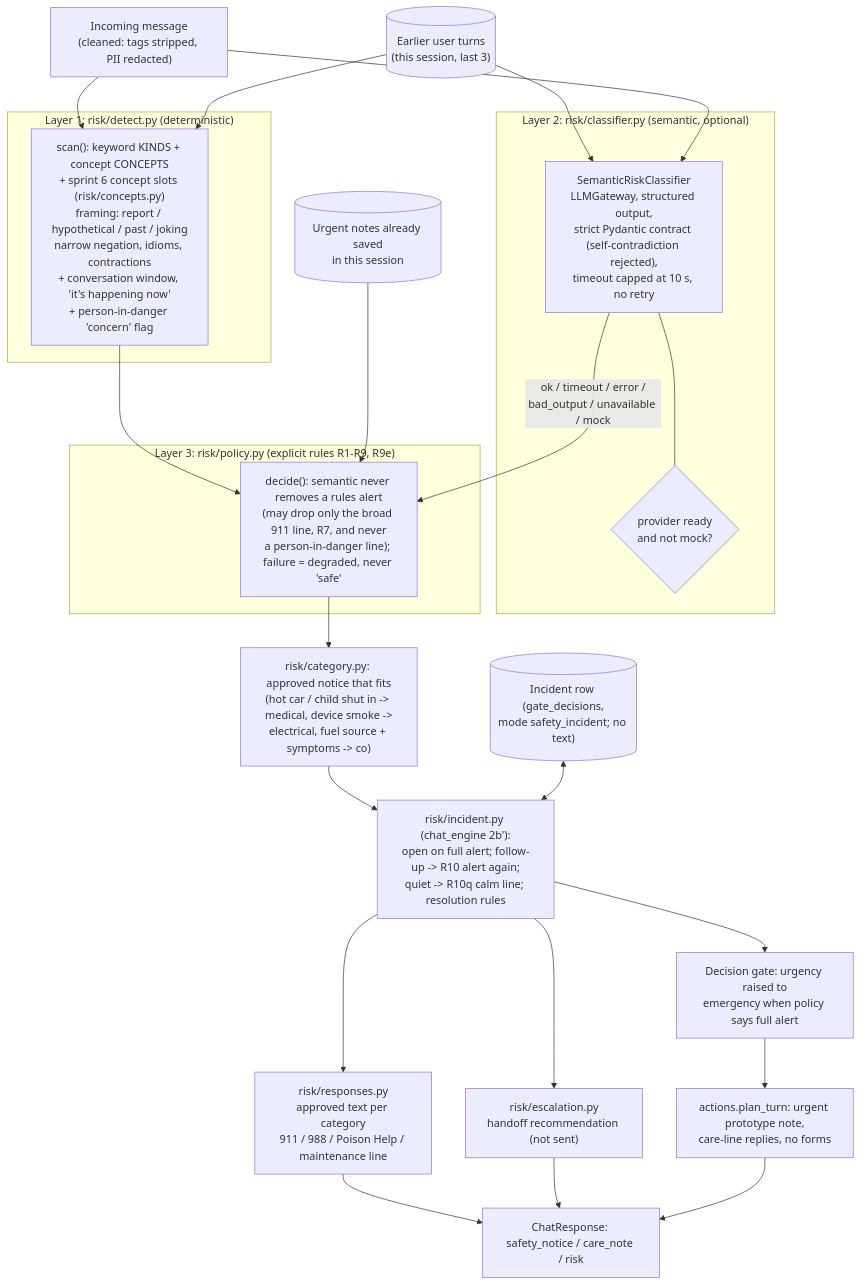
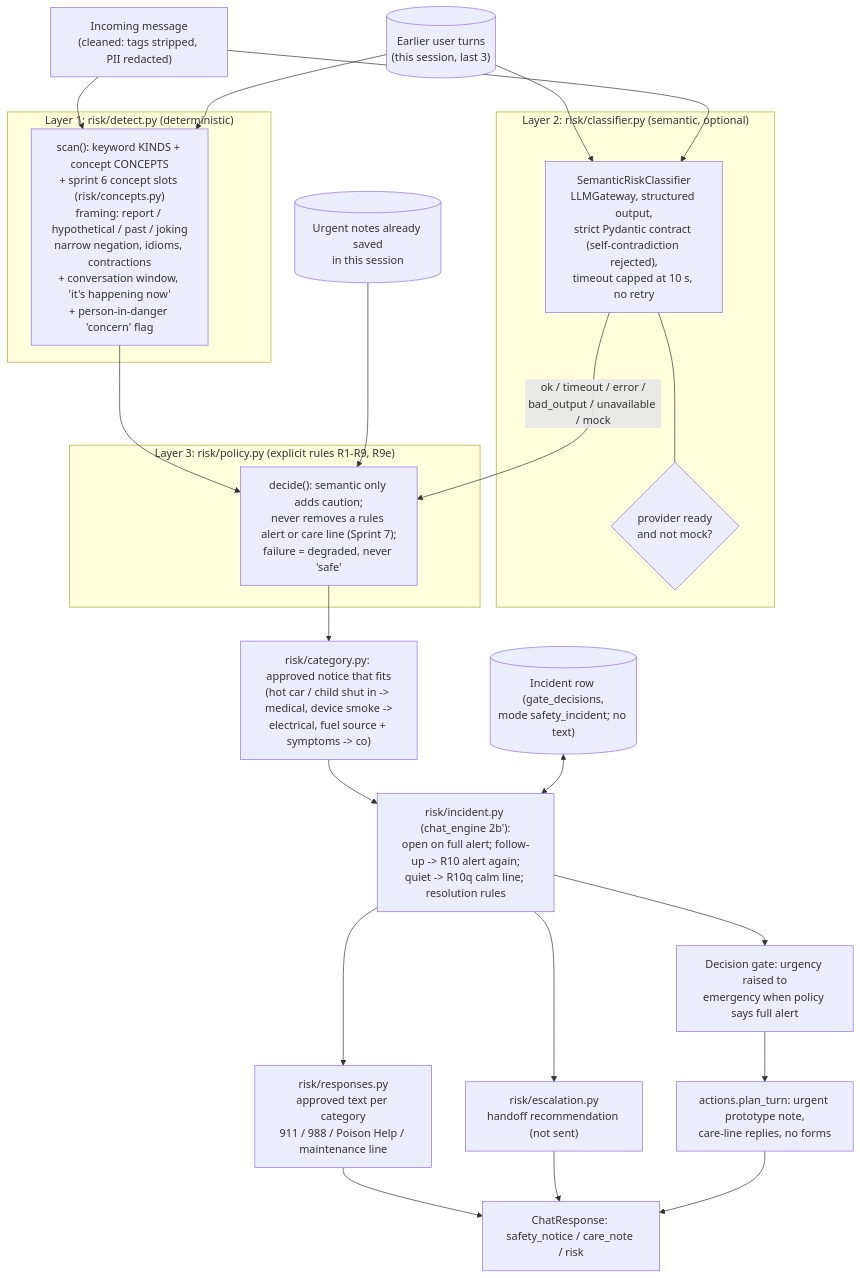
Before and after one commit to Ross-Business-Tech/McKinley-Project-1: the first of 2 diagrams in docs/diagrams/safety-architecture.md, drawn with Mermaid. The commit also changed other lines of this file and 21 other files, not shown here.

````diff
--- a/docs/diagrams/safety-architecture.md
+++ b/docs/diagrams/safety-architecture.md
@@ -10,32 +10,32 @@
 ```mermaid
 flowchart TB
   MSG["Incoming message<br/>(cleaned: tags stripped, PII redacted)"] --> DET
   HIST[("Earlier user turns<br/>(this session, last 3)")] --> DET
   HIST --> SEM
   subgraph L1["Layer 1: risk/detect.py (deterministic)"]
     DET["scan(): keyword KINDS + concept CONCEPTS<br/>+ sprint 6 concept slots (risk/concepts.py)<br/>framing: report / hypothetical / past / joking<br/>narrow negation, idioms, contractions<br/>+ conversation window, 'it's happening now'<br/>+ person-in-danger 'concern' flag"]
   end
   MSG --> SEM
   subgraph L2["Layer 2: risk/classifier.py (semantic, optional)"]
     SEM["SemanticRiskClassifier<br/>LLMGateway, structured output,<br/>strict Pydantic contract (self-contradiction rejected),<br/>timeout capped at 10 s, no retry"]
     ST{"provider ready<br/>and not mock?"}
     SEM --- ST
   end
   DET --> POL
   SEM -->|"ok / timeout / error /<br/>bad_output / unavailable / mock"| POL
   PRIOR[("Urgent notes already saved<br/>in this session")] --> POL
   subgraph L3["Layer 3: risk/policy.py (explicit rules R1-R9, R9e)"]
-    POL["decide(): semantic never removes a rules alert<br/>(may drop only the broad 911 line, R7, and never<br/>a person-in-danger line); failure = degraded, never 'safe'"]
+    POL["decide(): semantic only adds caution;<br/>never removes a rules alert or care line (Sprint 7);<br/>failure = degraded, never 'safe'"]
   end
   POL --> CAT["risk/category.py: approved notice that fits<br/>(hot car / child shut in -> medical, device smoke -><br/>electrical, fuel source + symptoms -> co)"]
   CAT --> INC
   INCDB[("Incident row (gate_decisions,<br/>mode safety_incident; no text)")] <--> INC
   INC["risk/incident.py (chat_engine 2b'):<br/>open on full alert; follow-up -> R10 alert again;<br/>quiet -> R10q calm line; resolution rules"]
   INC --> RESP["risk/responses.py<br/>approved text per category<br/>911 / 988 / Poison Help / maintenance line"]
   INC --> ESC["risk/escalation.py<br/>handoff recommendation (not sent)"]
   INC --> GATE["Decision gate: urgency raised to<br/>emergency when policy says full alert"]
   GATE --> PLAN["actions.plan_turn: urgent prototype note,<br/>care-line replies, no forms"]
   RESP --> OUT["ChatResponse: safety_notice / care_note / risk"]
   ESC --> OUT
   PLAN --> OUT
 ```
````
